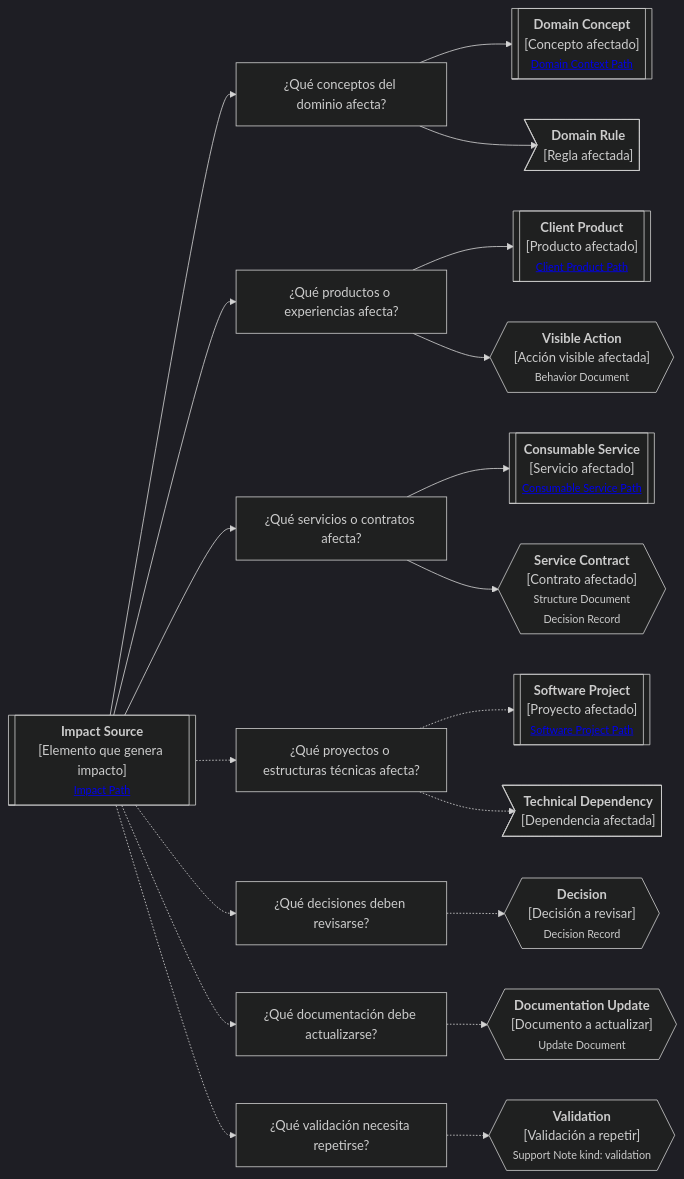
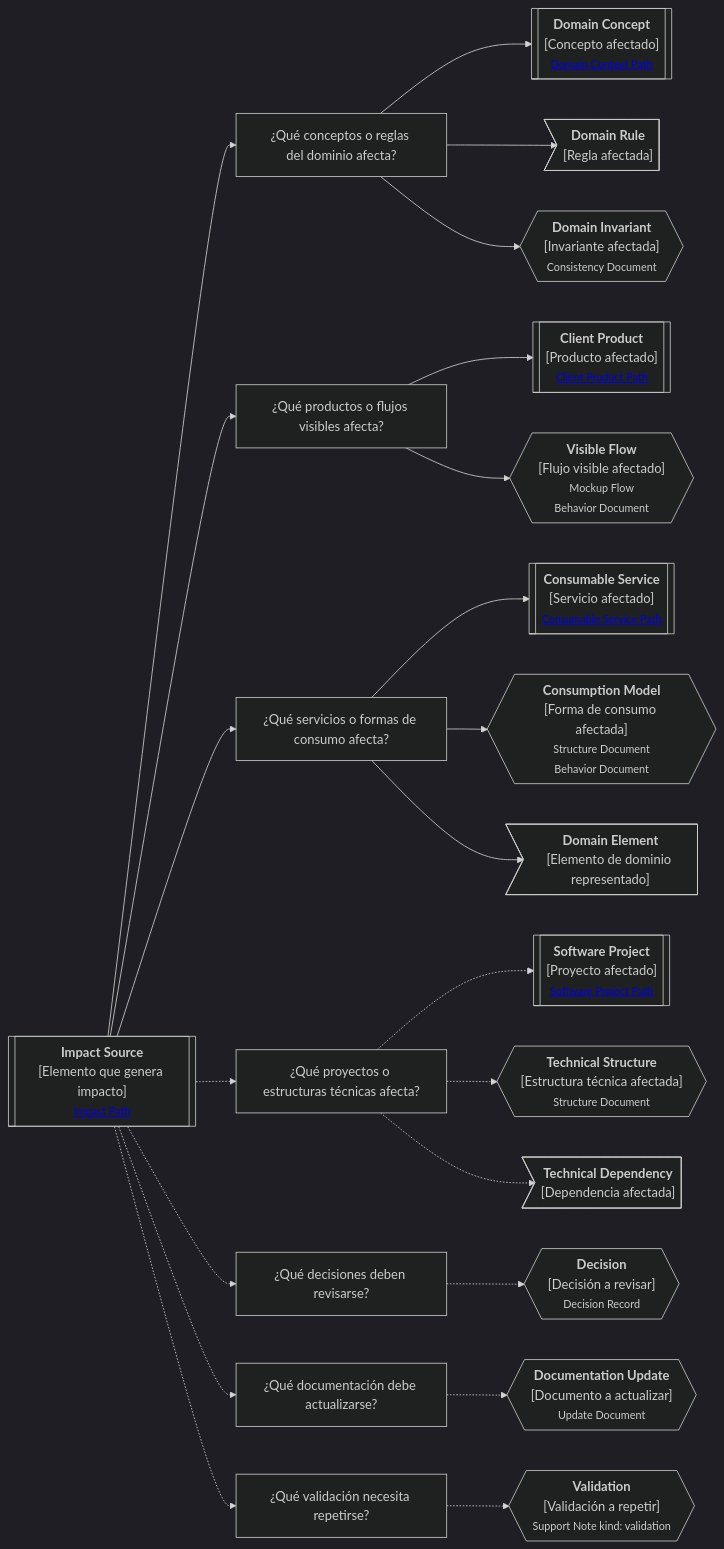
One commit to vslices/docs changed the diagram in docs/es/alive-lab/research/notes/docs-standard/artifacts/continuity-paths/support/impact.md. Above: the diagram before and after it, drawn with Mermaid (dark theme). The commit also changed other lines of this file and 10 other files, not shown here.

````diff
--- a/docs/es/alive-lab/research/notes/docs-standard/artifacts/continuity-paths/support/impact.md
+++ b/docs/es/alive-lab/research/notes/docs-standard/artifacts/continuity-paths/support/impact.md
@@ -60,49 +38,33 @@
 ```mermaid
 flowchart LR
     A[["<b>Impact Source</b><br/>[Elemento que genera impacto]<br/><small><a href='link'>Impact Path</a></small>"]]
 
-    P1["¿Qué conceptos del dominio afecta?"]
-    P2["¿Qué productos o experiencias afecta?"]
-    P3["¿Qué servicios o contratos afecta?"]
-    P4["¿Qué proyectos o estructuras técnicas afecta?"]
-    P5["¿Qué decisiones deben revisarse?"]
-    P6["¿Qué documentación debe actualizarse?"]
-    P7["¿Qué validación necesita repetirse?"]
+    A --> P1["¿Qué conceptos o reglas del dominio afecta?"]
+    A --> P2["¿Qué productos o flujos visibles afecta?"]
+    A --> P3["¿Qué servicios o formas de consumo afecta?"]
+    A -.-> P4["¿Qué proyectos o estructuras técnicas afecta?"]
+    A -.-> P5["¿Qué decisiones deben revisarse?"]
+    A -.-> P6["¿Qué documentación debe actualizarse?"]
+    A -.-> P7["¿Qué validación necesita repetirse?"]
 
-    D1[["<b>Domain Concept</b><br/>[Concepto afectado]<br/><small><a href='link'>Domain Context Path</a></small>"]]
-    D2>"<b>Domain Rule</b><br/>[Regla afectada]"]
+    P1 --> D1[["<b>Domain Concept</b><br/>[Concepto afectado]<br/><small><a href='link'>Domain Context Path</a></small>"]]
+    P1 --> D2>"<b>Domain Rule</b><br/>[Regla afectada]"]
+    P1 --> D3{{"<b>Domain Invariant</b><br/>[Invariante afectada]<br/><small>Consistency Document</small>"}}
 
-    Pdt1[["<b>Client Product</b><br/>[Producto afectado]<br/><small><a href='link'>Client Product Path</a></small>"]]
-    UX1{{"<b>Visible Action</b><br/>[Acción visible afectada]<br/><small>Behavior Document</small>"}}
+    P2 --> Pdt1[["<b>Client Product</b><br/>[Producto afectado]<br/><small><a href='link'>Client Product Path</a></small>"]]
+    P2 --> VF1{{"<b>Visible Flow</b><br/>[Flujo visible afectado]<br/><small>Mockup Flow<br/>Behavior Document</small>"}}
 
-    S1[["<b>Consumable Service</b><br/>[Servicio afectado]<br/><small><a href='link'>Consumable Service Path</a></small>"]]
-    C1{{"<b>Service Contract</b><br/>[Contrato afectado]<br/><small>Structure Document<br/>Decision Record</small>"}}
+    P3 --> S1[["<b>Consumable Service</b><br/>[Servicio afectado]<br/><small><a href='link'>Consumable Service Path</a></small>"]]
+    P3 --> CM1{{"<b>Consumption Model</b><br/>[Forma de consumo afectada]<br/><small>Structure Document<br/>Behavior Document</small>"}}
+    P3 --> DE1>"<b>Domain Element</b><br/>[Elemento de dominio representado]"]
 
-    SP1[["<b>Software Project</b><br/>[Proyecto afectado]<br/><small><a href='link'>Software Project Path</a></small>"]]
-    T1>"<b>Technical Dependency</b><br/>[Dependencia afectada]"]
+    P4 -.-> SP1[["<b>Software Project</b><br/>[Proyecto afectado]<br/><small><a href='link'>Software Project Path</a></small>"]]
+    P4 -.-> TS1{{"<b>Technical Structure</b><br/>[Estructura técnica afectada]<br/><small>Structure Document</small>"}}
+    P4 -.-> TD1>"<b>Technical Dependency</b><br/>[Dependencia afectada]"]
 
-    DEC1{{"<b>Decision</b><br/>[Decisión a revisar]<br/><small>Decision Record</small>"}}
-    UP1{{"<b>Documentation Update</b><br/>[Documento a actualizar]<br/><small>Update Document</small>"}}
-    V1{{"<b>Validation</b><br/>[Validación a repetir]<br/><small>Support Note kind: validation</small>"}}
+    P5 -.-> DEC1{{"<b>Decision</b><br/>[Decisión a revisar]<br/><small>Decision Record</small>"}}
 
-    A --> P1
-    P1 --> D1 & D2
+    P6 -.-> UP1{{"<b>Documentation Update</b><br/>[Documento a actualizar]<br/><small>Update Document</small>"}}
 
-    A --> P2
-    P2 --> Pdt1 & UX1
-
-    A --> P3
-    P3 --> S1 & C1
-
-    A -.-> P4
-    P4 -.-> SP1 & T1
-
-    A -.-> P5
-    P5 -.-> DEC1
-
-    A -.-> P6
-    P6 -.-> UP1
-
-    A -.-> P7
-    P7 -.-> V1
+    P7 -.-> V1{{"<b>Validation</b><br/>[Validación a repetir]<br/><small>Support Note kind: validation</small>"}}
 ```
````
